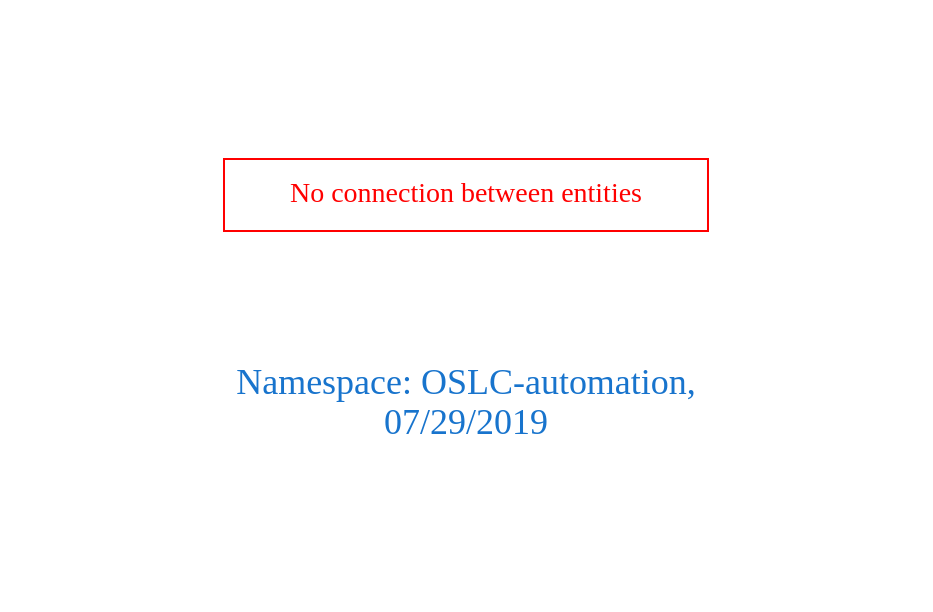
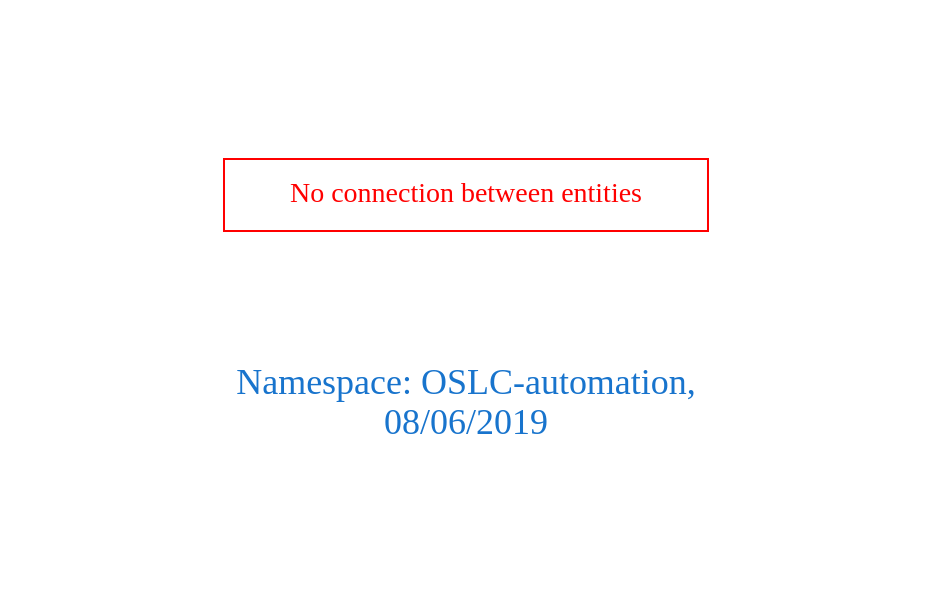
The diagram in downloads/OSLC-automation.dot (arago/OGIT), drawn with Graphviz before and after one commit. The commit also changed 1471 other files, not shown here.

```diff
--- a/downloads/OSLC-automation.dot
+++ b/downloads/OSLC-automation.dot
@@ -1,9 +1,9 @@
 digraph OGIT_ontology {
  graph [ rankdir= LR,pad=1 
 fontsize = 18,
-fontcolor= dodgerblue3,label = "\n\n\nNamespace: OSLC-automation, \n 07/29/2019"];
+fontcolor= dodgerblue3,label = "\n\n\nNamespace: OSLC-automation, \n 08/06/2019"];
 node[shape=polygon];
 edge [  color="gray81"];
 
 "No connection between entities" [fontcolor = "red",color="red", shape="polygon"]
 }
```
